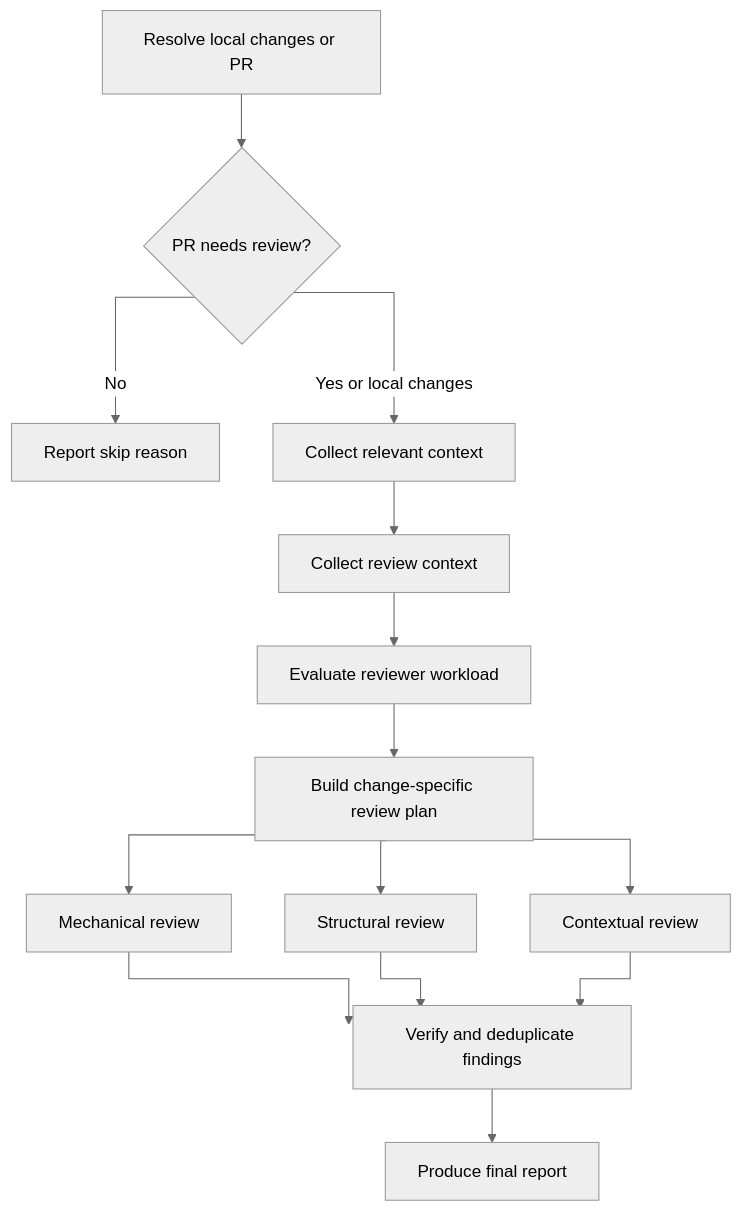
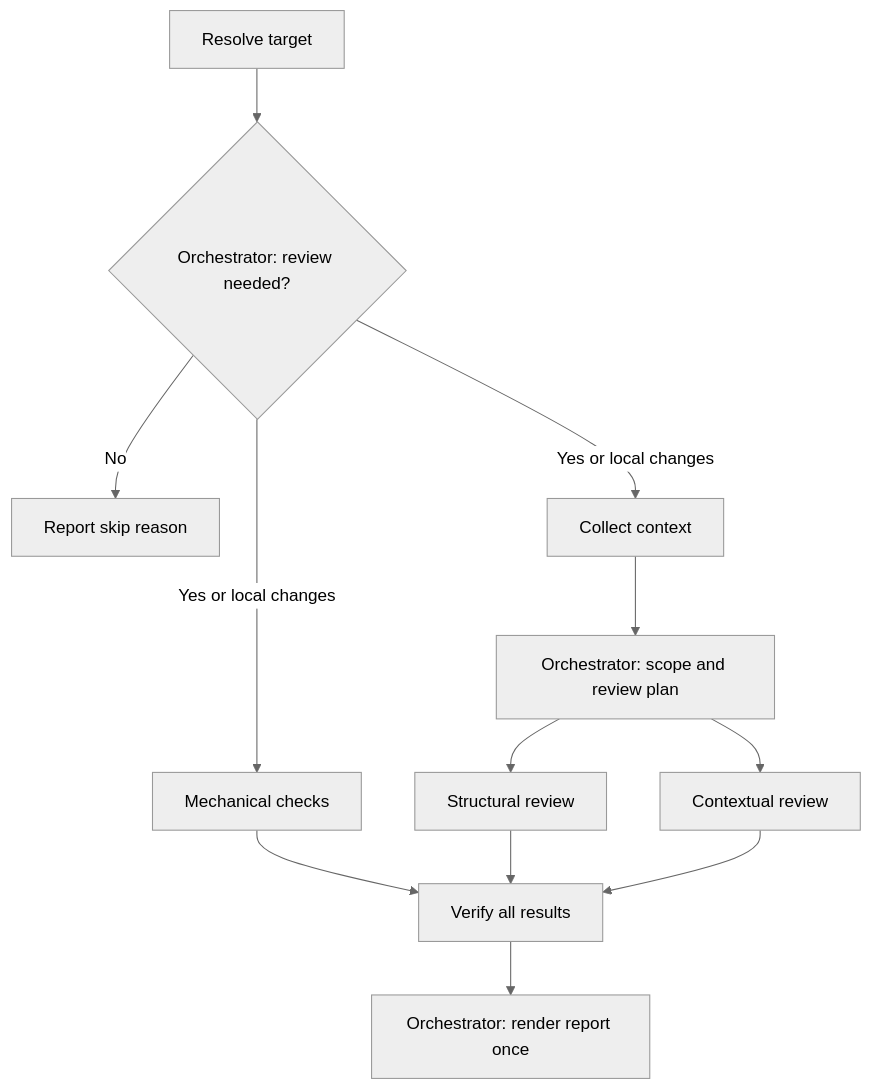
Before and after one commit to takuto-san/review: the diagram in README.md, drawn with Mermaid (neutral theme). The commit also changed other lines of this file and 20 other files, not shown here.

Commit message:
Streamline review orchestration and move validation into checks

````diff
--- a/README.md
+++ b/README.md
@@ -67,17 +67,14 @@
 ```mermaid
-%%{init: {"flowchart": {"curve": "stepAfter"}}}%%
 flowchart TD
-    A[Resolve local changes or PR] --> B{PR needs review?}
+    A[Resolve target] --> B{Orchestrator: review needed?}
     B -->|No| X[Report skip reason]
-    B -->|Yes or local changes| C[Collect relevant context]
-    C --> D[Collect review context]
-    D --> E[Evaluate reviewer workload]
-    E --> F[Build change-specific review plan]
-    F --> G1[Mechanical review]
-    F --> G2[Structural review]
-    F --> G3[Contextual review]
-    G1 --> H[Verify and deduplicate findings]
-    G2 --> H
-    G3 --> H
-    H --> I[Produce final report]
+    B -->|Yes or local changes| C[Collect context]
+    B -->|Yes or local changes| M[Mechanical checks]
+    C --> P[Orchestrator: scope and review plan]
+    P --> S[Structural review]
+    P --> T[Contextual review]
+    M --> V[Verify all results]
+    S --> V
+    T --> V
+    V --> R[Orchestrator: render report once]
 ```
````
